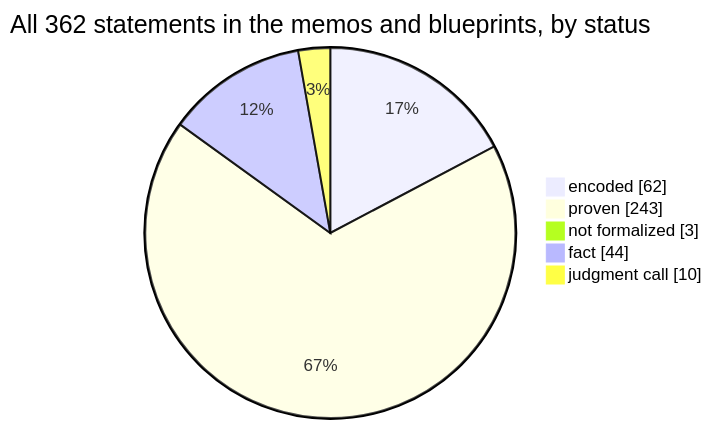
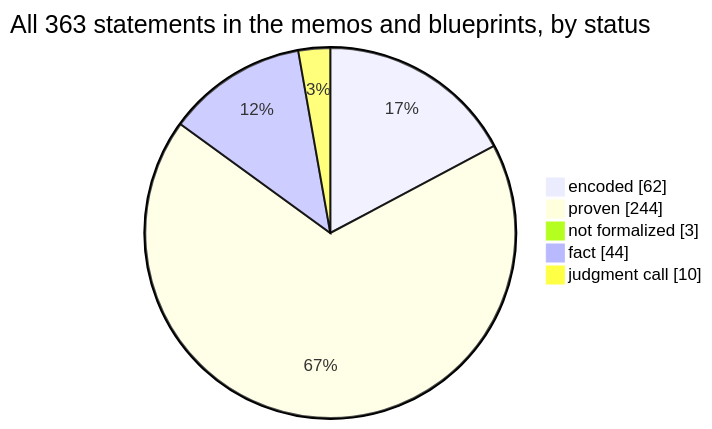
Before and after one commit to SeanWMurray/Canteen: the first of 4 diagrams in docs/graphs/dashboard.md, drawn with Mermaid. The commit also changed other lines of this file and 14 other files, not shown here.

````diff
--- a/docs/graphs/dashboard.md
+++ b/docs/graphs/dashboard.md
@@ -11,8 +11,8 @@
 ```mermaid
-pie showData title All 362 statements in the memos and blueprints, by status
+pie showData title All 363 statements in the memos and blueprints, by status
     "encoded" : 62
-    "proven" : 243
+    "proven" : 244
     "not formalized" : 3
     "fact" : 44
     "judgment call" : 10
 ```
````
